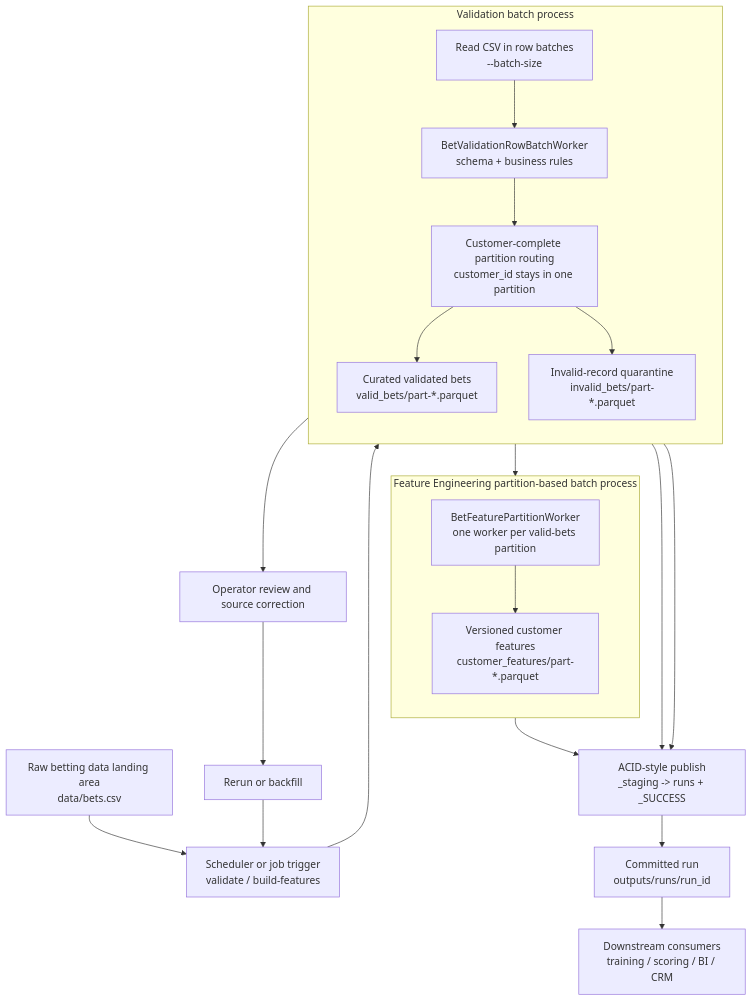
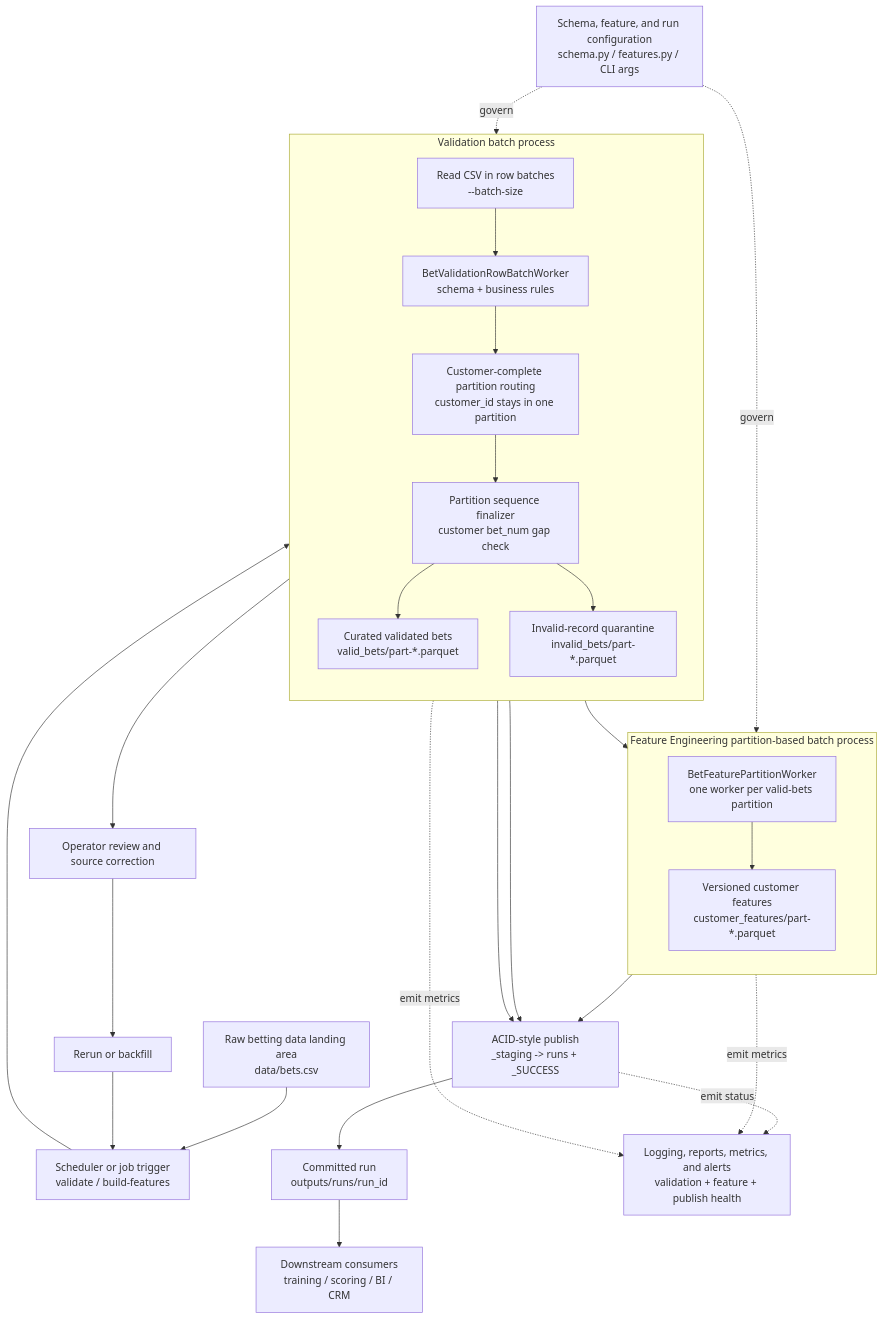
The first of 2 diagrams in docs/architecture.md (diyang/entain-case-test), drawn with Mermaid before and after one commit. The commit also changed 38 other files, not shown here.

````diff
--- a/docs/architecture.md
+++ b/docs/architecture.md
@@ -5,40 +5,48 @@
 ```mermaid
 flowchart TD
     raw["Raw betting data landing area<br/>data/bets.csv"]
     trigger["Scheduler or job trigger<br/>validate / build-features"]
 
     subgraph validation["Validation batch process"]
         direction TD
         read["Read CSV in row batches<br/>--batch-size"]
         validate["BetValidationRowBatchWorker<br/>schema + business rules"]
         route["Customer-complete partition routing<br/>customer_id stays in one partition"]
+        sequence["Partition sequence finalizer<br/>customer bet_num gap check"]
         valid["Curated validated bets<br/>valid_bets/part-*.parquet"]
         invalid["Invalid-record quarantine<br/>invalid_bets/part-*.parquet"]
 
-        read --> validate --> route
-        route --> valid
-        route --> invalid
+        read --> validate --> route --> sequence
+        sequence --> valid
+        sequence --> invalid
     end
 
     subgraph features["Feature Engineering partition-based batch process"]
         direction TD
         feature_worker["BetFeaturePartitionWorker<br/>one worker per valid-bets partition"]
         feature_output["Versioned customer features<br/>customer_features/part-*.parquet"]
 
         feature_worker --> feature_output
     end
 
     publish["ACID-style publish<br/>_staging -> runs + _SUCCESS"]
     committed["Committed run<br/>outputs/runs/run_id"]
     consumers["Downstream consumers<br/>training / scoring / BI / CRM"]
     review["Operator review and source correction"]
     rerun["Rerun or backfill"]
+    contracts["Schema, feature, and run configuration<br/>schema.py / features.py / CLI args"]
+    observability["Logging, reports, metrics, and alerts<br/>validation + feature + publish health"]
 
     raw --> trigger --> read
     valid --> feature_worker
     valid --> publish
     invalid --> publish
     feature_output --> publish
     publish --> committed --> consumers
     invalid --> review --> rerun --> trigger
+    contracts -. govern .-> validate
+    contracts -. govern .-> feature_worker
+    validate -. emit metrics .-> observability
+    feature_worker -. emit metrics .-> observability
+    publish -. emit status .-> observability
 ```
````
